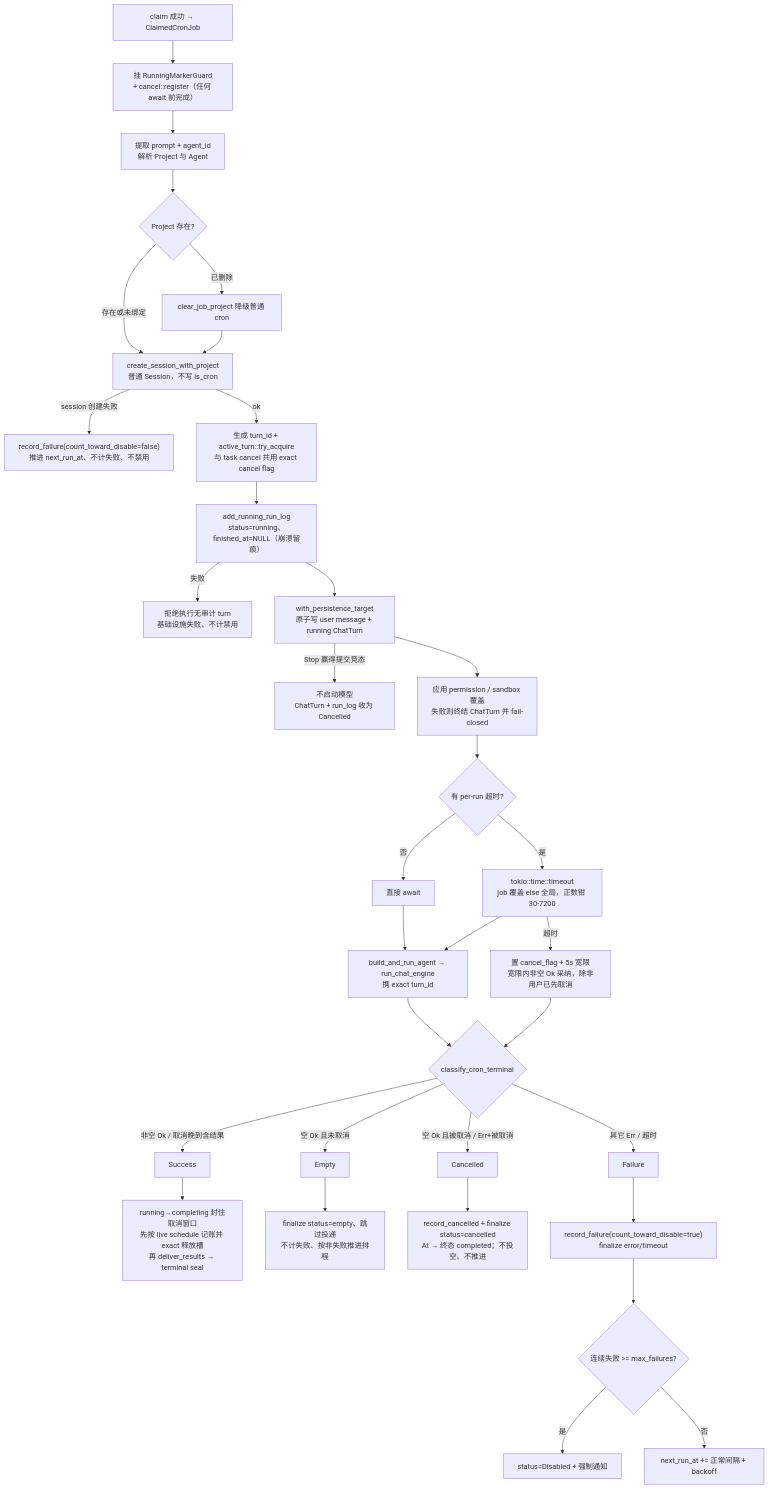
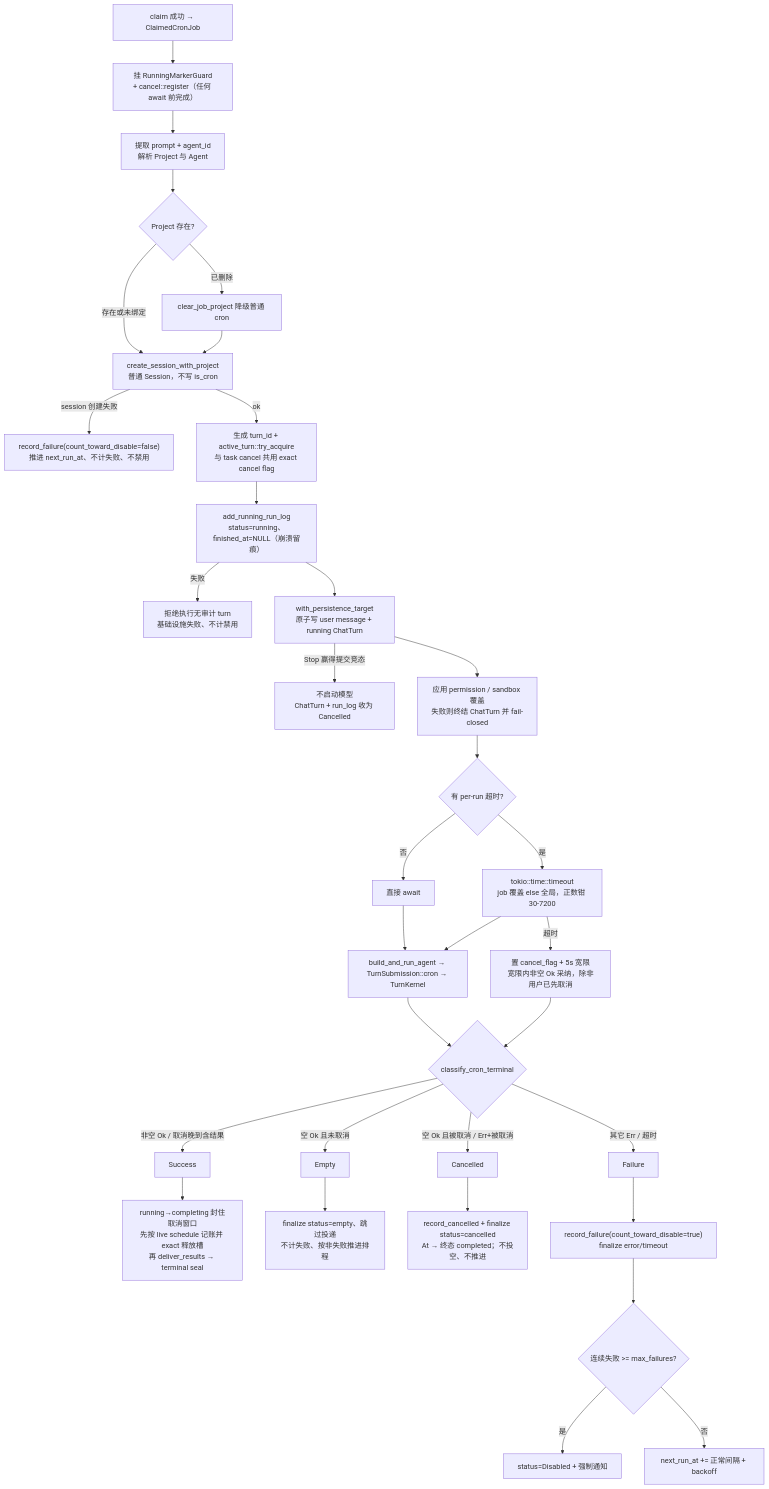
Before and after one commit to gabrielmoreira/agent-skills-mirror: the fourth of 5 diagrams in mirrors/repos/shiwenwen@hope-agent/docs/architecture/infra/cron.md, drawn with Mermaid. The commit also changed other lines of this file and 2396 other files, not shown here.

````diff
--- a/mirrors/repos/shiwenwen@hope-agent/docs/architecture/infra/cron.md
+++ b/mirrors/repos/shiwenwen@hope-agent/docs/architecture/infra/cron.md
@@ -395,34 +395,34 @@
 ```mermaid
 flowchart TD
     A[claim 成功 → ClaimedCronJob] --> RG["挂 RunningMarkerGuard<br/>+ cancel::register（任何 await 前完成）"]
     RG --> C["提取 prompt + agent_id<br/>解析 Project 与 Agent"]
     C --> C2{Project 存在?}
     C2 -->|存在或未绑定| D["create_session_with_project<br/>普通 Session，不写 is_cron"]
     C2 -->|已删除| C3["clear_job_project 降级普通 cron"] --> D
     D -->|session 创建失败| INF["record_failure(count_toward_disable=false)<br/>推进 next_run_at、不计失败、不禁用"]
     D -->|ok| AT["生成 turn_id + active_turn::try_acquire<br/>与 task cancel 共用 exact cancel flag"]
     AT --> DR["add_running_run_log<br/>status=running、finished_at=NULL（崩溃留痕）"]
     DR -->|失败| INF2["拒绝执行无审计 turn<br/>基础设施失败、不计禁用"]
     DR --> PC["with_persistence_target<br/>原子写 user message + running ChatTurn"]
     PC -->|Stop 赢得提交竞态| CAN0["不启动模型<br/>ChatTurn + run_log 收为 Cancelled"]
     PC --> PRE["应用 permission / sandbox 覆盖<br/>失败则终结 ChatTurn 并 fail-closed"]
     PRE --> E{有 per-run 超时?}
     E -->|否| ER[直接 await]
     E -->|是| ET["tokio::time::timeout<br/>job 覆盖 else 全局，正数钳 30-7200"]
-    ER --> F["build_and_run_agent → run_chat_engine<br/>携 exact turn_id"]
+    ER --> F[build_and_run_agent → TurnSubmission::cron → TurnKernel]
     ET --> F
     F --> CT{classify_cron_terminal}
     ET -->|超时| TO["置 cancel_flag + 5s 宽限<br/>宽限内非空 Ok 采纳，除非用户已先取消"] --> CT
 
     CT -->|非空 Ok / 取消晚到含结果| SUC[Success]
     CT -->|空 Ok 且未取消| EMP[Empty]
     CT -->|空 Ok 且被取消 / Err+被取消| CAN[Cancelled]
     CT -->|其它 Err / 超时| FAIL[Failure]
 
     SUC --> S1["running→completing 封住取消窗口<br/>先按 live schedule 记账并 exact 释放槽<br/>再 deliver_results → terminal seal"]
     EMP --> EM1["finalize status=empty、跳过投递<br/>不计失败、按非失败推进排程"]
     CAN --> CN1["record_cancelled + finalize status=cancelled<br/>At → 终态 completed；不投空、不推进"]
     FAIL --> W["record_failure(count_toward_disable=true)<br/>finalize error/timeout"] --> Z{连续失败 >= max_failures?}
     Z -->|是| Z1["status=Disabled + 强制通知"]
     Z -->|否| Z2["next_run_at += 正常间隔 + backoff"]
 ```
````
